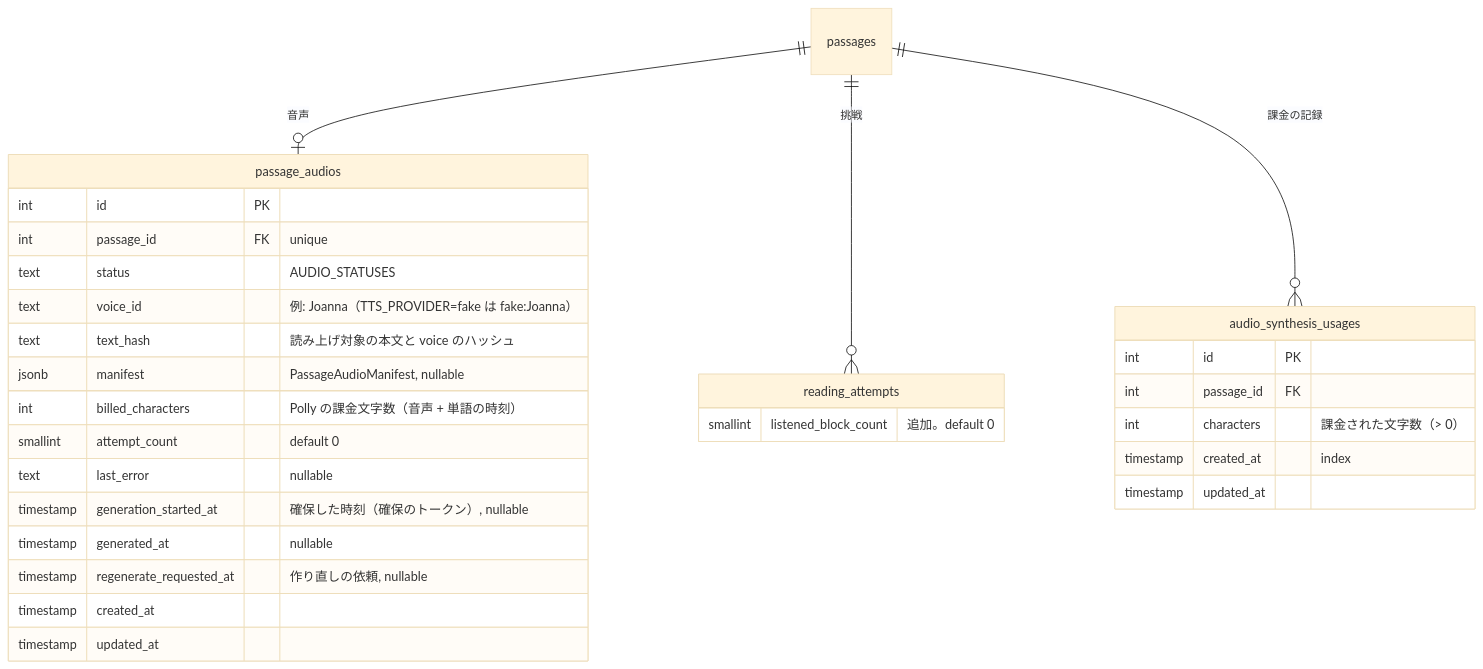
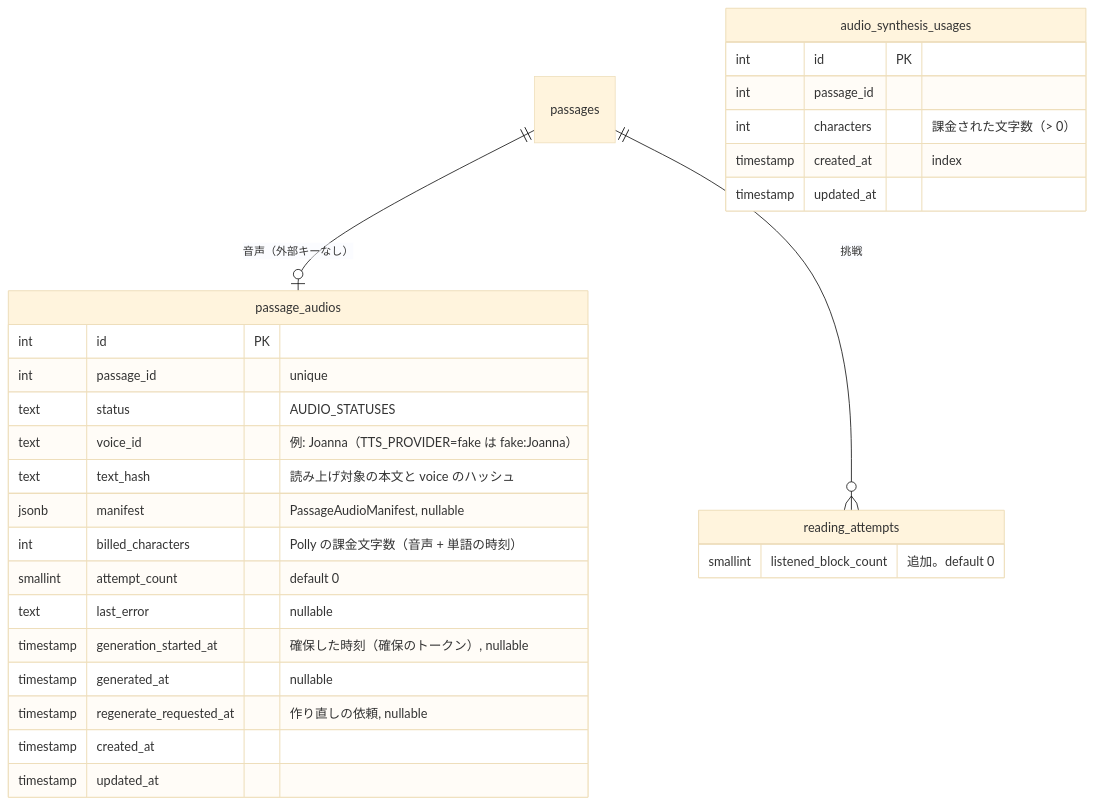
One commit to kentakki416/tech-english changed the second of 3 diagrams in docs/spec/read-aloud/README.md. Above: the diagram before and after it, drawn with Mermaid (base theme). The commit also changed other lines of this file and 32 other files, not shown here.

````diff
--- a/docs/spec/read-aloud/README.md
+++ b/docs/spec/read-aloud/README.md
@@ -557,33 +557,32 @@
 ```mermaid
 erDiagram
-    passages ||--o| passage_audios : "音声"
+    passages ||--o| passage_audios : "音声（外部キーなし）"
     passages ||--o{ reading_attempts : "挑戦"
-    passages ||--o{ audio_synthesis_usages : "課金の記録"
 
     passage_audios {
         int id PK
-        int passage_id FK "unique"
+        int passage_id "unique"
         text status "AUDIO_STATUSES"
         text voice_id "例: Joanna（TTS_PROVIDER=fake は fake:Joanna）"
         text text_hash "読み上げ対象の本文と voice のハッシュ"
         jsonb manifest "PassageAudioManifest, nullable"
         int billed_characters "Polly の課金文字数（音声 + 単語の時刻）"
         smallint attempt_count "default 0"
         text last_error "nullable"
         timestamp generation_started_at "確保した時刻（確保のトークン）, nullable"
         timestamp generated_at "nullable"
         timestamp regenerate_requested_at "作り直しの依頼, nullable"
         timestamp created_at
         timestamp updated_at
     }
     reading_attempts {
         smallint listened_block_count "追加。default 0"
     }
     audio_synthesis_usages {
         int id PK
-        int passage_id FK
+        int passage_id
         int characters "課金された文字数（> 0）"
         timestamp created_at "index"
         timestamp updated_at
     }
 ```
````
